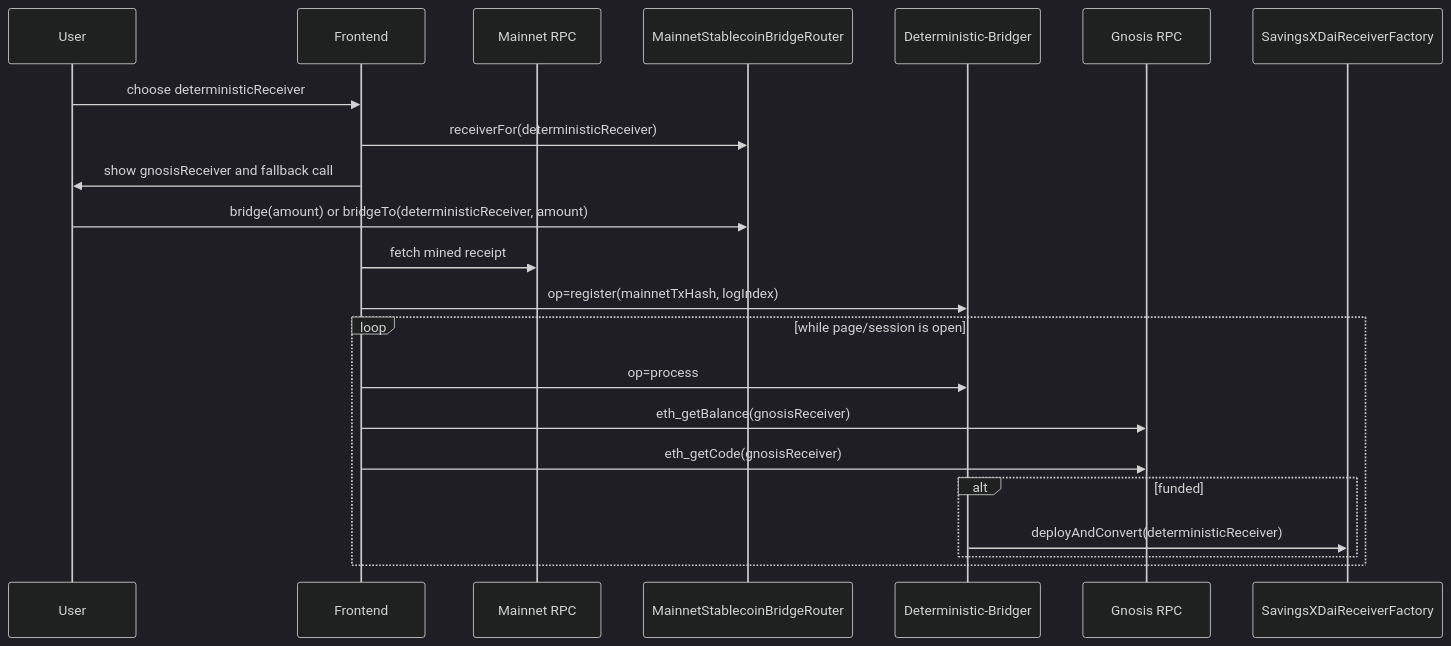
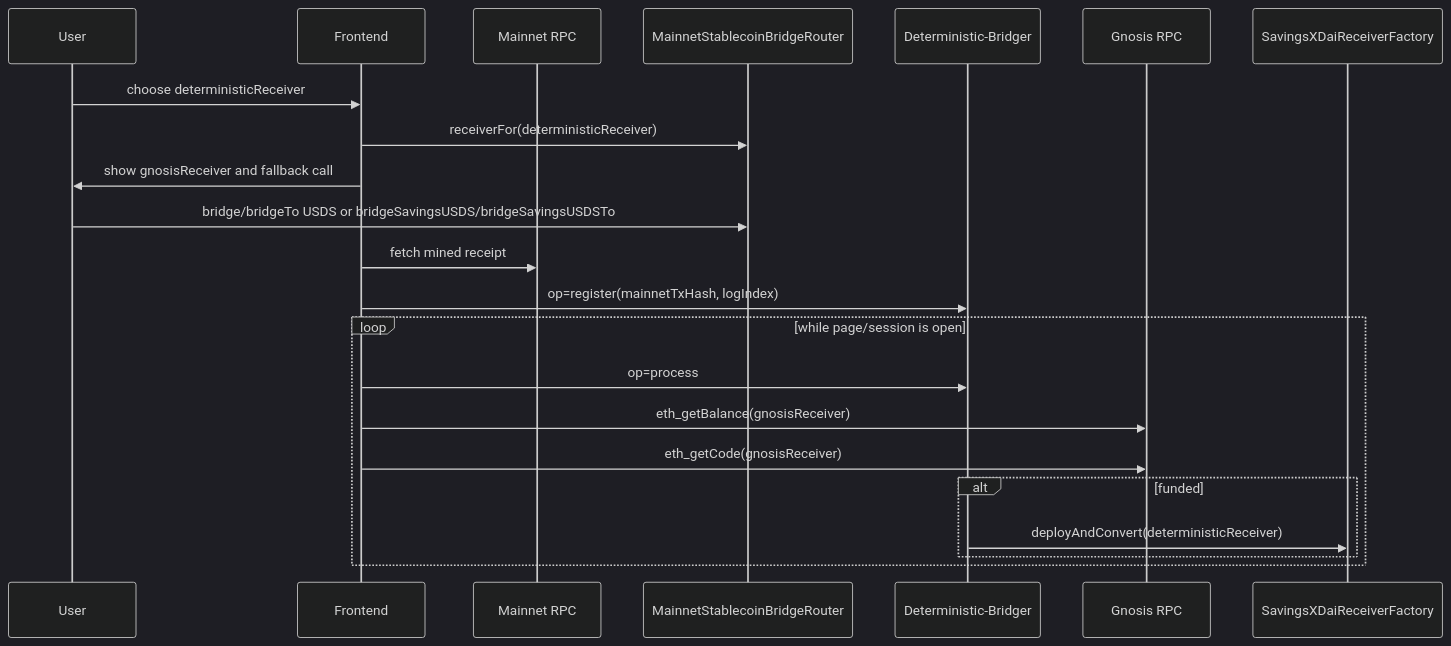
Before and after one commit to nocaeth/deterministic-bridger: the first of 2 diagrams in docs/FRONTEND_INTEGRATION.md, drawn with Mermaid (dark theme). The commit also changed other lines of this file and 15 other files, not shown here.

````diff
--- a/docs/FRONTEND_INTEGRATION.md
+++ b/docs/FRONTEND_INTEGRATION.md
@@ -28,25 +29,25 @@
 ```mermaid
 sequenceDiagram
   participant U as User
   participant UI as Frontend
   participant M as Mainnet RPC
   participant R as MainnetStablecoinBridgeRouter
   participant T as Deterministic-Bridger
   participant G as Gnosis RPC
   participant F as SavingsXDaiReceiverFactory
 
   U->>UI: choose deterministicReceiver
   UI->>R: receiverFor(deterministicReceiver)
   UI->>U: show gnosisReceiver and fallback call
-  U->>R: bridge(amount) or bridgeTo(deterministicReceiver, amount)
+  U->>R: bridge/bridgeTo USDS or bridgeSavingsUSDS/bridgeSavingsUSDSTo
   UI->>M: fetch mined receipt
   UI->>T: op=register(mainnetTxHash, logIndex)
   loop while page/session is open
     UI->>T: op=process
     UI->>G: eth_getBalance(gnosisReceiver)
     UI->>G: eth_getCode(gnosisReceiver)
     alt funded
       T->>F: deployAndConvert(deterministicReceiver)
     end
   end
 ```
````
